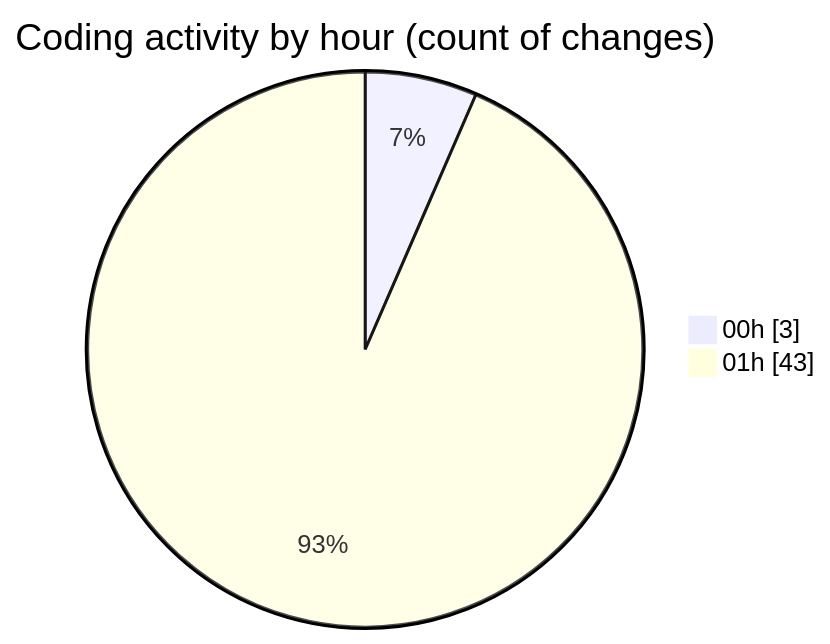
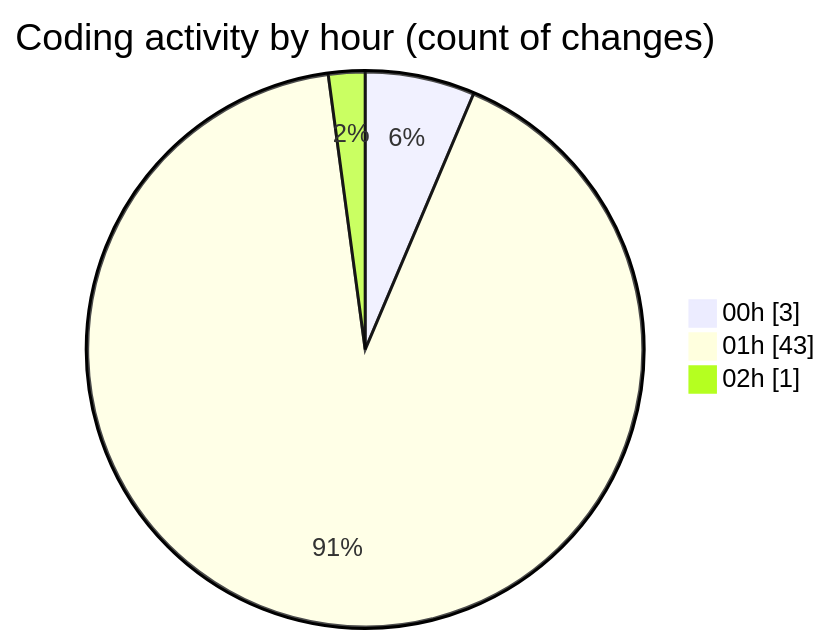
Before and after one commit to mevix1/code-tracking: the second of 2 diagrams in 2025-10-02/oura-api/README.md, drawn with Mermaid. The commit also changed other lines of this file and 1 other file, not shown here.

````diff
--- a/2025-10-02/oura-api/README.md
+++ b/2025-10-02/oura-api/README.md
@@ -68,6 +69,7 @@
 ```mermaid
 pie showData
 title Coding activity by hour (count of changes)
 "00h" : 3
 "01h" : 43
+"02h" : 1
 ```
````
